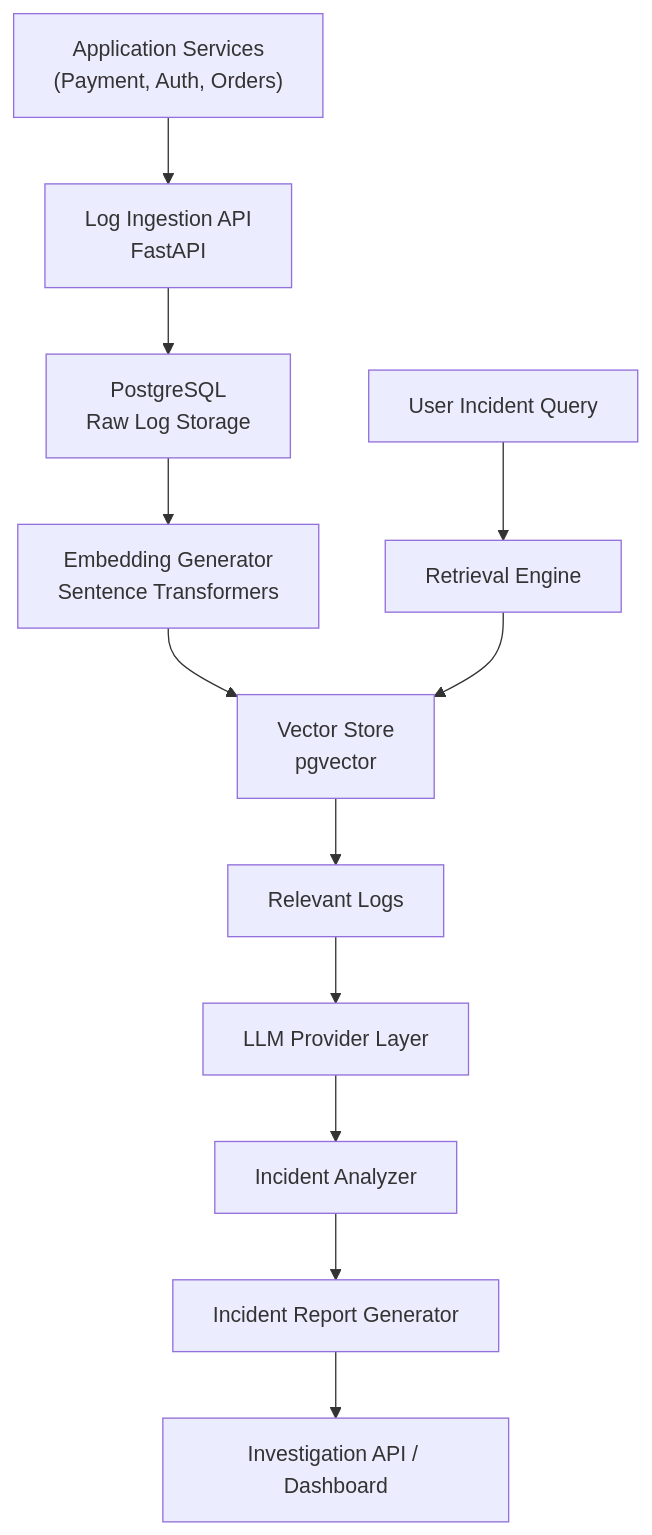
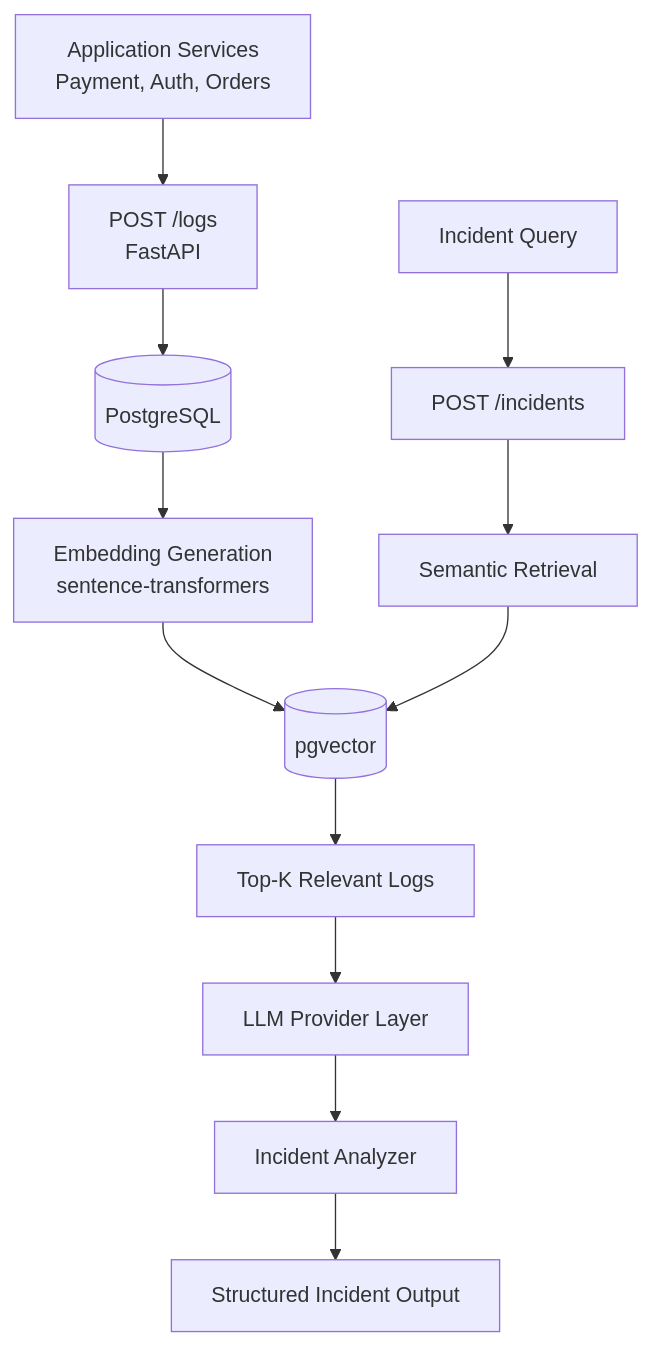
The first of 4 diagrams in docs/ARCHITECTURE.md (krnmah/aiiis), drawn with Mermaid before and after one commit. The commit also changed other lines of this file and 28 other files, not shown here.

First line of the commit message:
feat(api): add log simulation, error handling, documentation, and final polish

````diff
--- a/docs/ARCHITECTURE.md
+++ b/docs/ARCHITECTURE.md
@@ -5,30 +19,17 @@
 ```mermaid
 flowchart TD
 
-A["Application Services
-(Payment, Auth, Orders)"] --> B[Log Ingestion API
-FastAPI]
+Apps[Application Services<br/>Payment, Auth, Orders] --> Ingest[POST /logs<br/>FastAPI]
+Ingest --> DB[(PostgreSQL)]
+DB --> Embeddings[Embedding Generation<br/>sentence-transformers]
+Embeddings --> Vector[(pgvector)]
 
-B --> C[PostgreSQL
-Raw Log Storage]
+Query[Incident Query] --> IncidentAPI[POST /incidents]
+IncidentAPI --> Retrieve[Semantic Retrieval]
+Retrieve --> Vector
+Vector --> Evidence[Top-K Relevant Logs]
 
-C --> D[Embedding Generator
-Sentence Transformers]
-
-D --> E[Vector Store
-pgvector]
-
-F[User Incident Query] --> G[Retrieval Engine]
-
-G --> E
-
-E --> H[Relevant Logs]
-
-H --> I[LLM Provider Layer]
-
-I --> J[Incident Analyzer]
-
-J --> K[Incident Report Generator]
-
-K --> L[Investigation API / Dashboard]
+Evidence --> LLM[LLM Provider Layer]
+LLM --> Analyzer[Incident Analyzer]
+Analyzer --> Report[Structured Incident Output]
 ```
````
